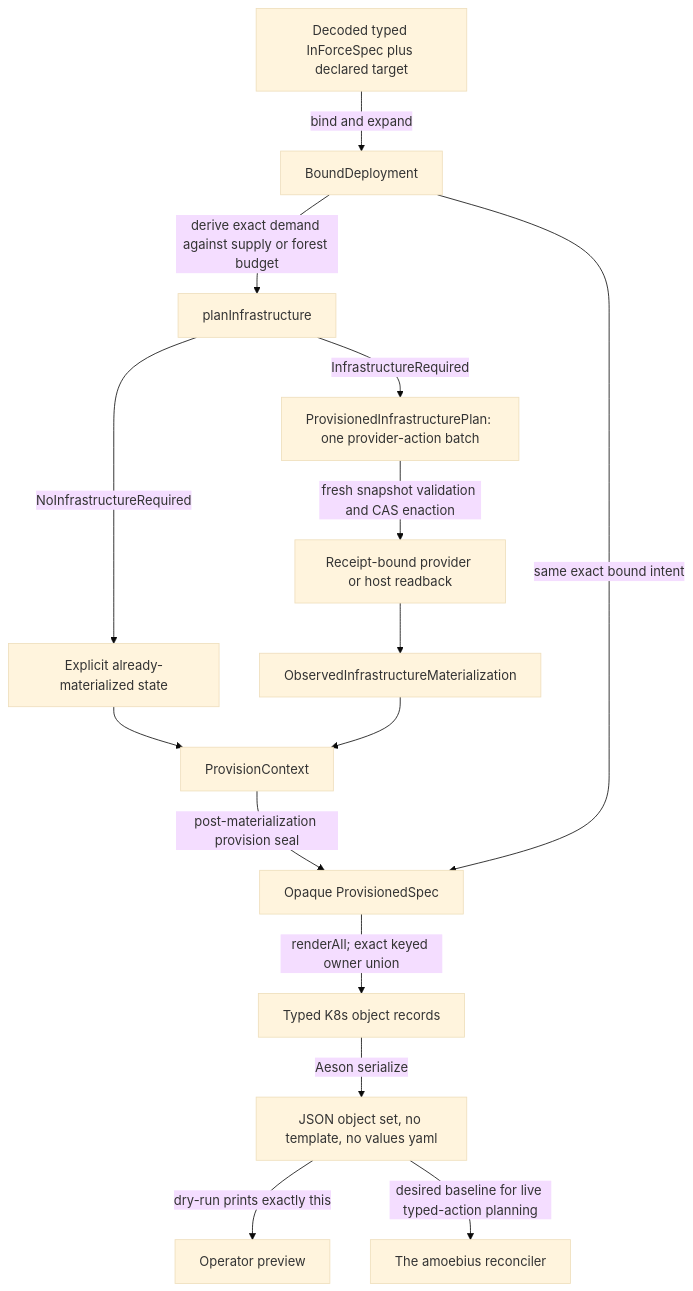
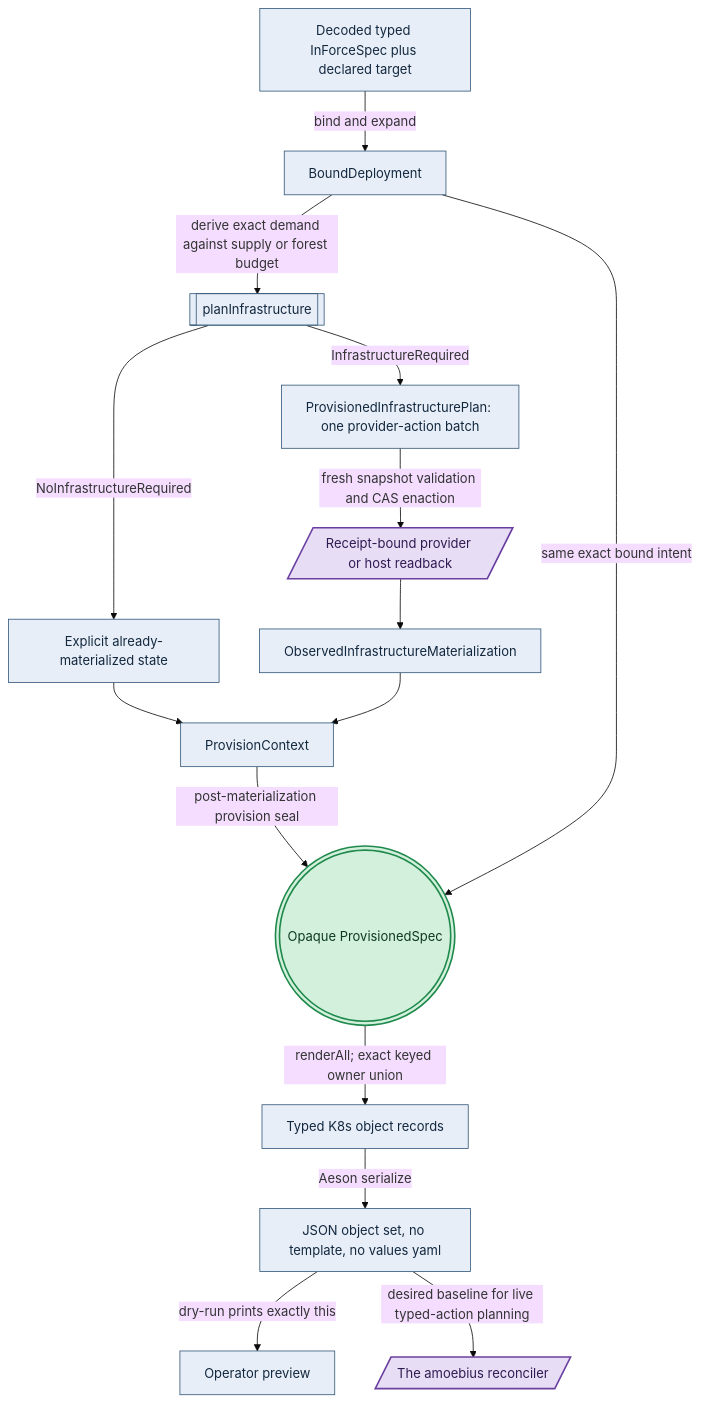
Before and after one commit to Tuee22/amoebius: the first of 4 diagrams in documents/engineering/manifest_generation_doctrine.md, drawn with Mermaid (base theme). The commit also changed other lines of this file and 36 other files, not shown here.

````diff
--- a/documents/engineering/manifest_generation_doctrine.md
+++ b/documents/engineering/manifest_generation_doctrine.md
@@ -192,17 +194,20 @@
 ```mermaid
 flowchart TD
-  spec[Decoded typed InForceSpec plus declared target] -->|bind and expand| bound[BoundDeployment]
-  bound -->|derive exact demand against supply or forest budget| planner[planInfrastructure]
-  planner -->|NoInfrastructureRequired| present[Explicit already-materialized state]
-  planner -->|InfrastructureRequired| infra[ProvisionedInfrastructurePlan: one provider-action batch]
-  infra -->|fresh snapshot validation and CAS enaction| receipt[Receipt-bound provider or host readback]
-  receipt --> materialized[ObservedInfrastructureMaterialization]
-  present --> context[ProvisionContext]
+  spec[Decoded typed InForceSpec plus declared target]:::intent -->|bind and expand| bound[BoundDeployment]:::intent
+  bound -->|derive exact demand against supply or forest budget| planner[["planInfrastructure"]]:::intent
+  planner -->|NoInfrastructureRequired| present[Explicit already-materialized state]:::intent
+  planner -->|InfrastructureRequired| infra[ProvisionedInfrastructurePlan: one provider-action batch]:::intent
+  infra -->|fresh snapshot validation and CAS enaction| receipt[/"Receipt-bound provider or host readback"/]:::effect
+  receipt --> materialized[ObservedInfrastructureMaterialization]:::intent
+  present --> context[ProvisionContext]:::intent
   materialized --> context
-  context -->|post-materialization provision seal| provisioned[Opaque ProvisionedSpec]
+  context -->|post-materialization provision seal| provisioned((("Opaque ProvisionedSpec"))):::seal
   bound -->|same exact bound intent| provisioned
-  provisioned -->|renderAll; exact keyed owner union| objs[Typed K8s object records]
-  objs -->|Aeson serialize| json[JSON object set, no template, no values yaml]
-  json -->|dry-run prints exactly this| preview[Operator preview]
-  json -->|desired baseline for live typed-action planning| engine[The amoebius reconciler]
+  provisioned -->|renderAll; exact keyed owner union| objs[Typed K8s object records]:::intent
+  objs -->|Aeson serialize| json[JSON object set, no template, no values yaml]:::intent
+  json -->|dry-run prints exactly this| preview[Operator preview]:::intent
+  json -->|desired baseline for live typed-action planning| engine[/"The amoebius reconciler"/]:::effect
+  classDef intent   fill:#e8eef7,stroke:#33587a,color:#12283f,stroke-width:1px
+  classDef effect   fill:#e7ddf5,stroke:#6b3fa0,color:#2f1a52,stroke-width:2px
+  classDef seal     fill:#d3f0dd,stroke:#1f8a4c,color:#0c3a1f,stroke-width:2px
 ```
````
